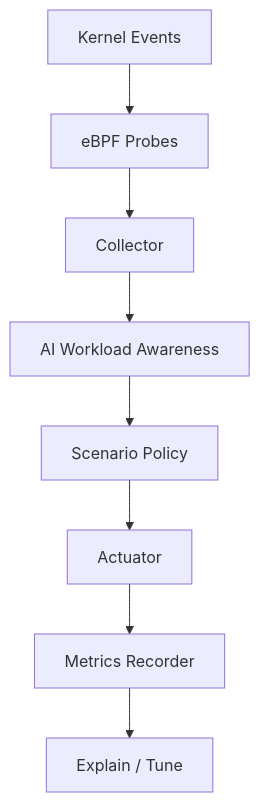
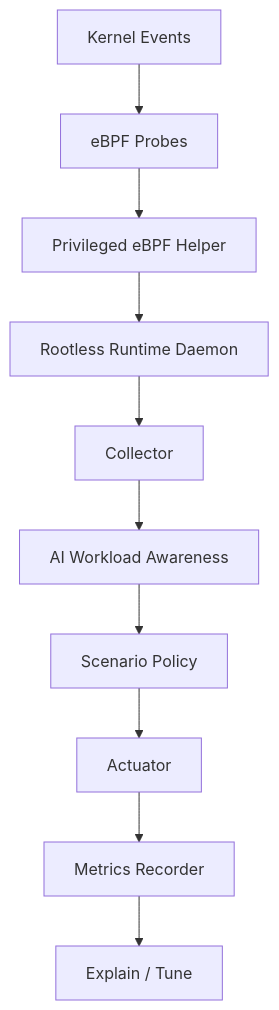
Before and after one commit to GGbod666/AegisAI_Runtime: the diagram in docs/architecture.md, drawn with Mermaid. The commit also changed other lines of this file and 17 other files, not shown here.

Commit message:
Add privileged eBPF helper ingestion

````diff
--- a/docs/architecture.md
+++ b/docs/architecture.md
@@ -119,10 +119,12 @@
 ```mermaid
 flowchart TD
     A["Kernel Events"] --> B["eBPF Probes"]
-    B --> C["Collector"]
-    C --> D["AI Workload Awareness"]
-    D --> E["Scenario Policy"]
-    E --> F["Actuator"]
-    F --> G["Metrics Recorder"]
-    G --> H["Explain / Tune"]
+    B --> C["Privileged eBPF Helper"]
+    C --> D["Rootless Runtime Daemon"]
+    D --> E["Collector"]
+    E --> F["AI Workload Awareness"]
+    F --> G["Scenario Policy"]
+    G --> H["Actuator"]
+    H --> I["Metrics Recorder"]
+    I --> J["Explain / Tune"]
 ```
````
